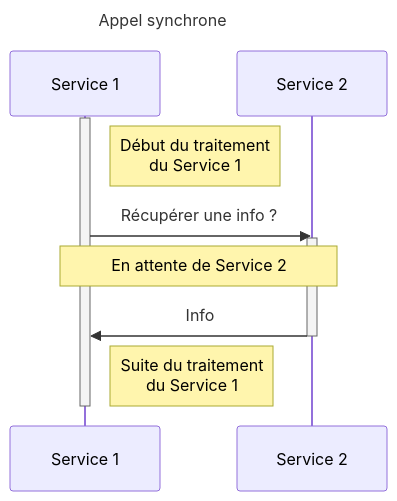
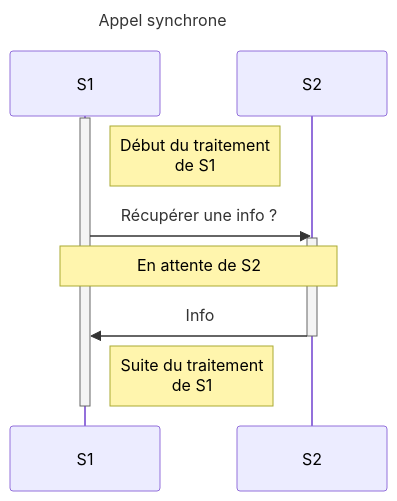
One commit to celinelouvet/async-and-events changed the first of 3 diagrams in src/2-synchrone.md. Above: the diagram before and after it, drawn with Mermaid. The commit also changed other lines of this file and 10 other files, not shown here.

````diff
--- a/src/2-synchrone.md
+++ b/src/2-synchrone.md
@@ -7,19 +7,19 @@
 ```mermaid
 ---
 title: Appel synchrone
 ---
 sequenceDiagram
-    participant S1 as Service 1
-    participant S2 as Service 2
+    participant S1
+    participant S2
 
     activate S1
-    Note right of S1: Début du traitement<br/>du Service 1
+    Note right of S1: Début du traitement<br/>de S1
     S1->>S2: Récupérer une info ?
     activate S2
-    Note over S1,S2: En attente de Service 2
+    Note over S1,S2: En attente de S2
     S2->>S1: Info
     deactivate S2
 
-    Note right of S1: Suite du traitement<br/>du Service 1
+    Note right of S1: Suite du traitement<br/>de S1
     deactivate S1
 ```
````
